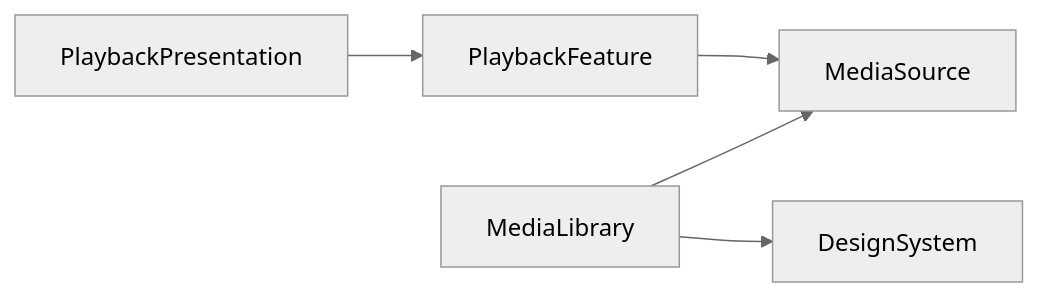
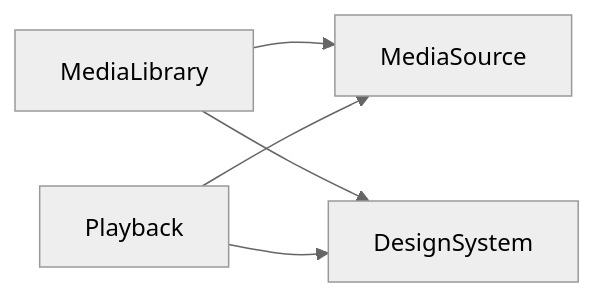
One commit to 1873663116/Enchron changed the diagram in ARCHITECTURE.md. Above: the diagram before and after it, drawn with Mermaid (neutral theme). The commit also changed other lines of this file and 75 other files, not shown here.

````diff
--- a/ARCHITECTURE.md
+++ b/ARCHITECTURE.md
@@ -25,13 +25,12 @@
 ```mermaid
 flowchart LR
     MediaSource["MediaSource"]
     DesignSystem["DesignSystem"]
     MediaLibrary["MediaLibrary"]
-    PlaybackFeature["PlaybackFeature"]
-    PlaybackPresentation["PlaybackPresentation"]
+    Playback["Playback"]
 
     MediaLibrary --> MediaSource
     MediaLibrary --> DesignSystem
-    PlaybackFeature --> MediaSource
-    PlaybackPresentation --> PlaybackFeature
+    Playback --> MediaSource
+    Playback --> DesignSystem
 ```
````
